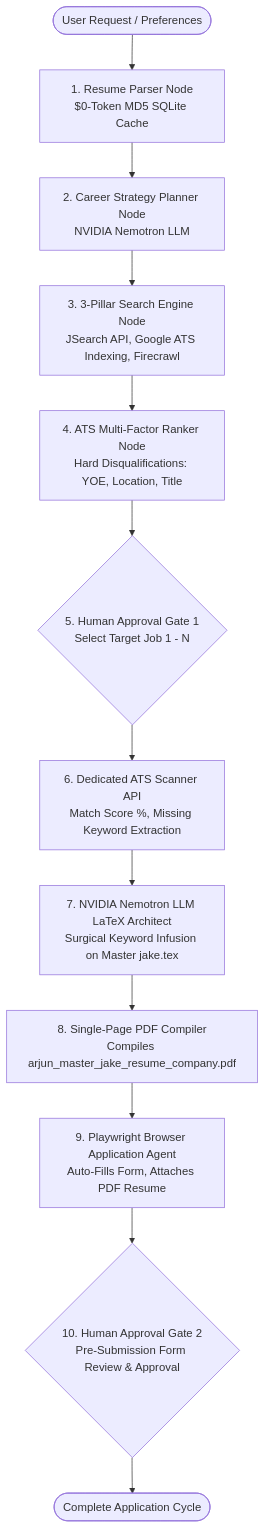
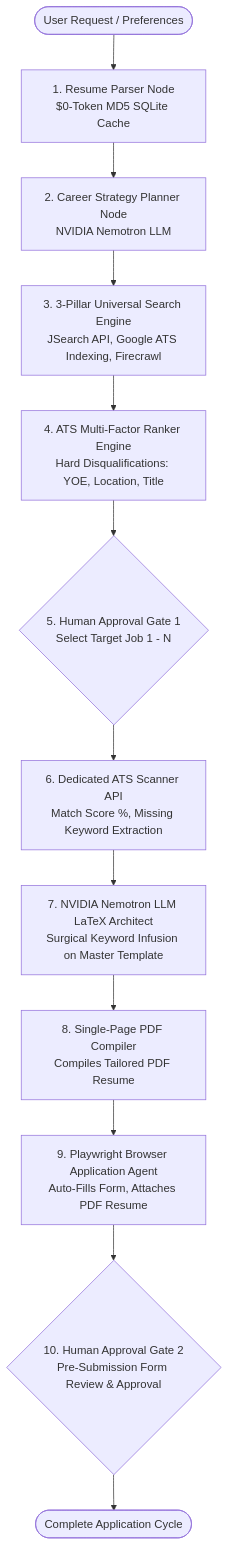
The diagram in README.md (ARJUN-PUNDIR/career-os), drawn with Mermaid before and after one commit. The commit also changed other lines of this file, not shown here.

````diff
--- a/README.md
+++ b/README.md
@@ -45,24 +69,24 @@
 ```mermaid
 graph TD
     Start([User Request / Preferences]) --> Parser[1. Resume Parser Node<br/>$0-Token MD5 SQLite Cache]
     
     Parser --> Planner[2. Career Strategy Planner Node<br/>NVIDIA Nemotron LLM]
     
-    Planner --> Searcher[3. 3-Pillar Search Engine Node<br/>JSearch API, Google ATS Indexing, Firecrawl]
+    Planner --> Searcher[3. 3-Pillar Universal Search Engine<br/>JSearch API, Google ATS Indexing, Firecrawl]
     
-    Searcher --> Ranker[4. ATS Multi-Factor Ranker Node<br/>Hard Disqualifications: YOE, Location, Title]
+    Searcher --> Ranker[4. ATS Multi-Factor Ranker Engine<br/>Hard Disqualifications: YOE, Location, Title]
     
     Ranker --> Gate1{5. Human Approval Gate 1<br/>Select Target Job 1 - N}
     
     Gate1 --> ATS_Scanner[6. Dedicated ATS Scanner API<br/>Match Score %, Missing Keyword Extraction]
     
-    ATS_Scanner --> LaTeX_Architect[7. NVIDIA Nemotron LLM LaTeX Architect<br/>Surgical Keyword Infusion on Master jake.tex]
+    ATS_Scanner --> LaTeX_Architect[7. NVIDIA Nemotron LLM LaTeX Architect<br/>Surgical Keyword Infusion on Master Template]
     
-    LaTeX_Architect --> PDF_Compiler[8. Single-Page PDF Compiler<br/>Compiles arjun_master_jake_resume_company.pdf]
+    LaTeX_Architect --> PDF_Compiler[8. Single-Page PDF Compiler<br/>Compiles Tailored PDF Resume]
     
     PDF_Compiler --> Browser_Agent[9. Playwright Browser Application Agent<br/>Auto-Fills Form, Attaches PDF Resume]
     
     Browser_Agent --> Gate2{10. Human Approval Gate 2<br/>Pre-Submission Form Review & Approval}
     
     Gate2 --> END([Complete Application Cycle])
 ```
````
